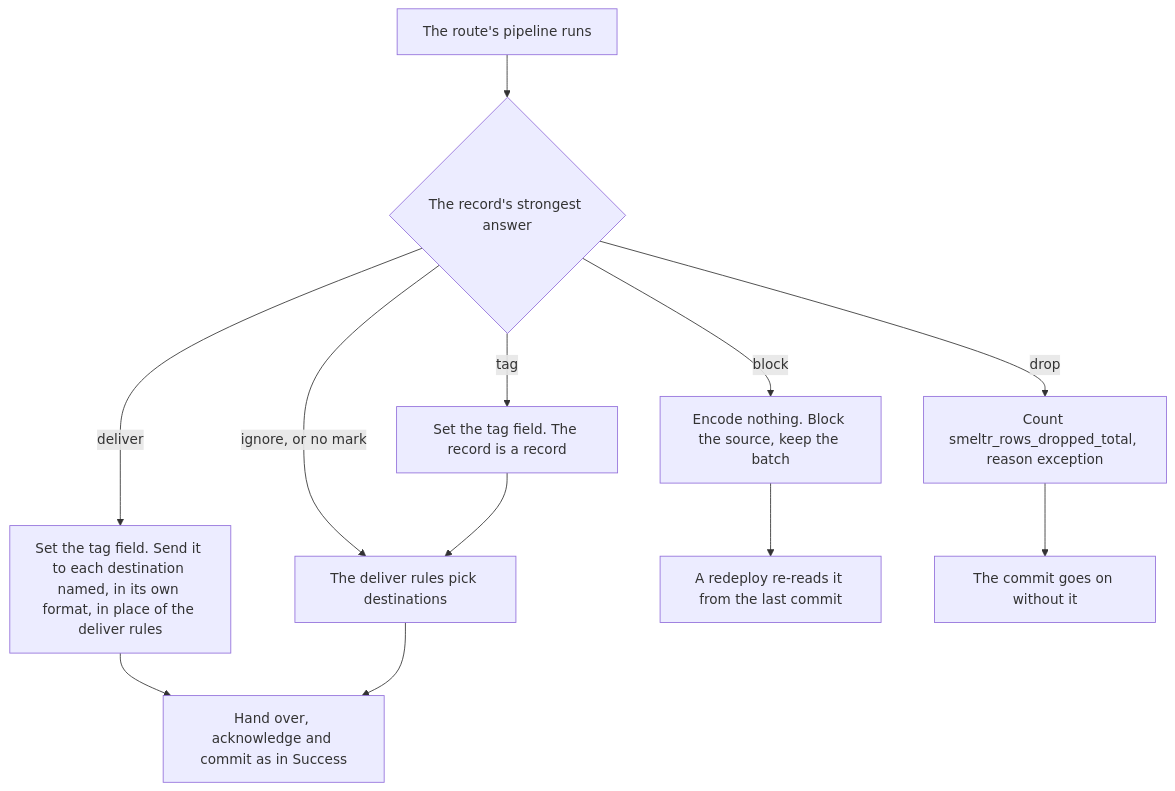
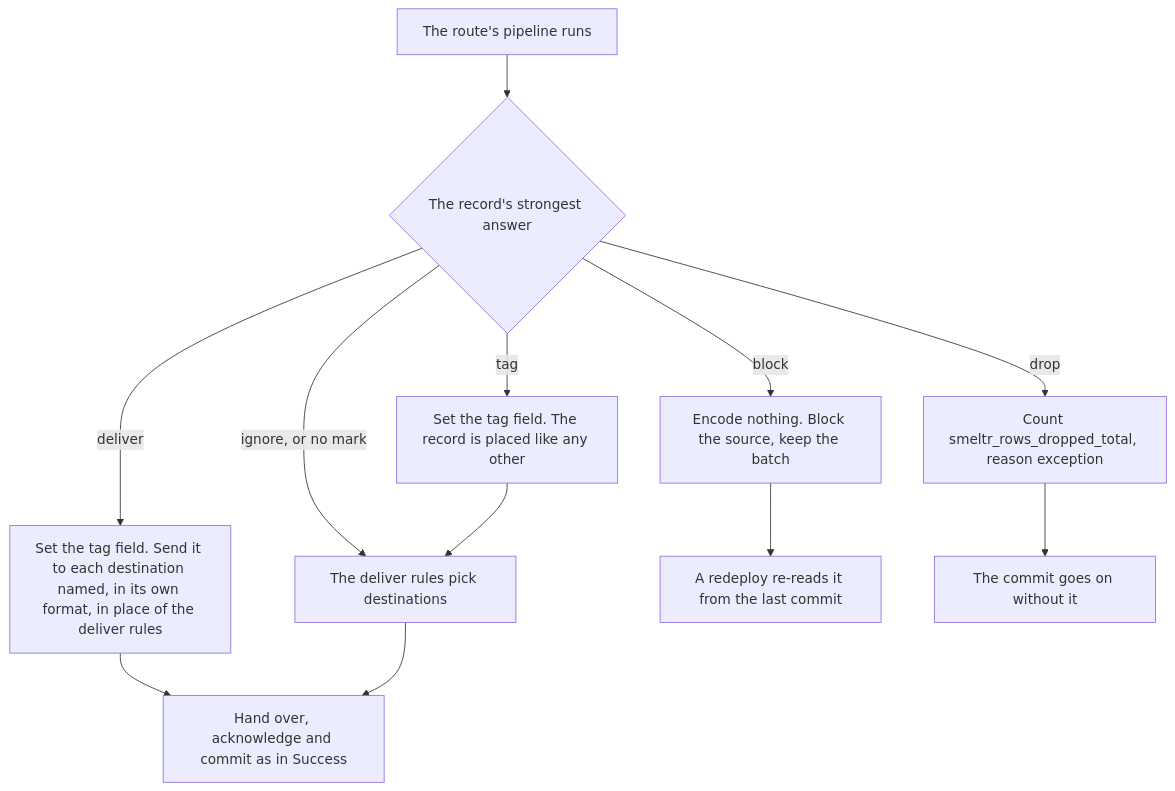
The third of 6 diagrams in docs/data-paths.md (smeltr-sh/smeltr), drawn with Mermaid before and after one commit. The commit also changed 2 other files, not shown here.

Commit message:
docs: wording review fixes to the row and record pass
A tagged record is placed like any other, in the taxonomy and data
paths; the status's gap counts time without a record.

Claude-Session: https://claude.ai/code/session_016X7h2U2Xu7G7N7p3RDnuZV

````diff
--- a/docs/data-paths.md
+++ b/docs/data-paths.md
@@ -89,14 +89,14 @@
 ```mermaid
 flowchart TD
   A["The route's pipeline runs"] --> B{"The record's strongest answer"}
   B -- "ignore, or no mark" --> N["The deliver rules pick destinations"]
-  B -- tag --> T["Set the tag field. The record is a record"]
+  B -- tag --> T["Set the tag field. The record is placed like any other"]
   T --> N
   B -- drop --> D["Count smeltr_rows_dropped_total, reason exception"]
   B -- deliver --> V["Set the tag field. Send it to each destination named, in its own format, in place of the deliver rules"]
   V --> X
   B -- block --> Q["Encode nothing. Block the source, keep the batch"]
   Q --> R["A redeploy re-reads it from the last commit"]
   N --> X["Hand over, acknowledge and commit as in Success"]
   D --> X2["The commit goes on without it"]
 ```
````
